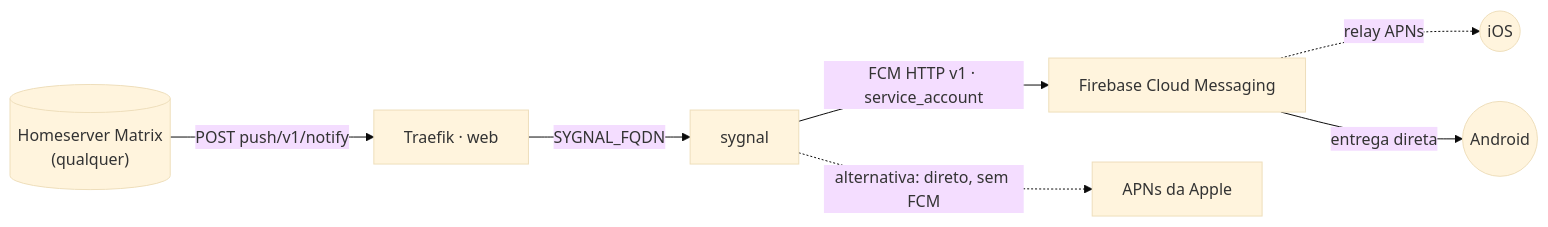
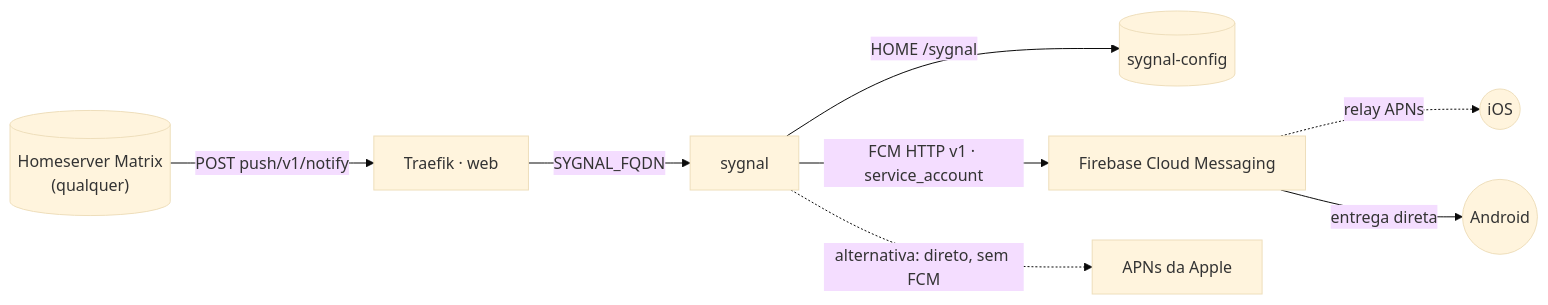
Before and after one commit to marcelofmatos/portainer-stacks: the diagram in sygnal/README.md, drawn with Mermaid (base theme). The commit also changed other lines of this file and 5 other files, not shown here.

First line of the commit message:
sygnal: usa volume montado em vez de Docker config

````diff
--- a/sygnal/README.md
+++ b/sygnal/README.md
@@ -14,9 +16,10 @@
 ```mermaid
 flowchart LR
     hs[("Homeserver Matrix<br/>(qualquer)")] -->|POST push/v1/notify| traefik[Traefik · web]
     traefik -->|SYGNAL_FQDN| sygnal[sygnal]
+    sygnal -->|HOME /sygnal| vol[(sygnal-config)]
     sygnal -->|FCM HTTP v1 · service_account| fcm[Firebase Cloud Messaging]
     fcm -.->|relay APNs| ios((iOS))
     fcm -->|entrega direta| android((Android))
     sygnal -.->|alternativa: direto, sem FCM| apns[APNs da Apple]
 ```
````
